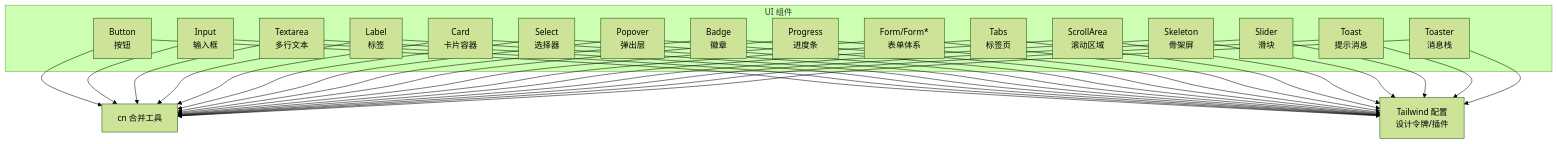
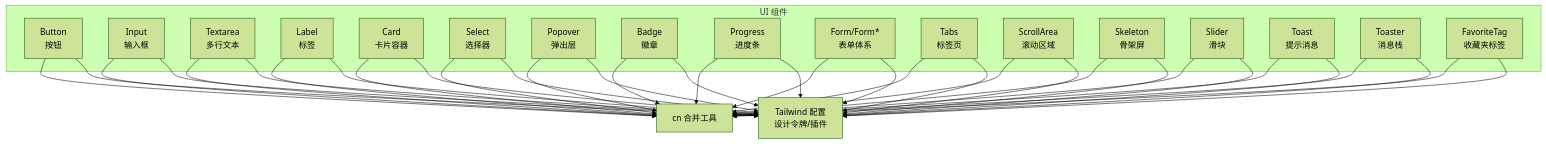
Before and after one commit to RadiumAg/bilibili-favorites: the first of 6 diagrams in .qoder/repowiki/zh/content/UI组件系统/UI组件系统.md, drawn with Mermaid (forest theme). The commit also changed other lines of this file and 3 other files, not shown here.

First line of the commit message:
docs(favorite-tag): 增加组件稳定性改进及全面无障碍性更新

````diff
--- a/.qoder/repowiki/zh/content/UI组件系统/UI组件系统.md
+++ b/.qoder/repowiki/zh/content/UI组件系统/UI组件系统.md
@@ -70,55 +75,58 @@
 ```mermaid
 graph TB
 subgraph "UI 组件"
 Btn["Button<br/>按钮"]
 Inp["Input<br/>输入框"]
 Txt["Textarea<br/>多行文本"]
 Lbl["Label<br/>标签"]
 Card["Card<br/>卡片容器"]
 Sel["Select<br/>选择器"]
 Pop["Popover<br/>弹出层"]
 Bad["Badge<br/>徽章"]
 Prog["Progress<br/>进度条"]
 Form["Form/Form*<br/>表单体系"]
 Tabs["Tabs<br/>标签页"]
 Scroll["ScrollArea<br/>滚动区域"]
 Skin["Skeleton<br/>骨架屏"]
 Slider["Slider<br/>滑块"]
 Toast["Toast<br/>提示消息"]
 Toaster["Toaster<br/>消息栈"]
+FTag["FavoriteTag<br/>收藏夹标签"]
 end
 Utils["cn 合并工具"]
 TW["Tailwind 配置<br/>设计令牌/插件"]
 Btn --> Utils
 Inp --> Utils
 Txt --> Utils
 Lbl --> Utils
 Card --> Utils
 Sel --> Utils
 Pop --> Utils
 Bad --> Utils
 Prog --> Utils
 Form --> Utils
 Tabs --> Utils
 Scroll --> Utils
 Skin --> Utils
 Slider --> Utils
 Toast --> Utils
 Toaster --> Utils
+FTag --> Utils
+FTag --> TW
 Btn --> TW
 Inp --> TW
 Txt --> TW
 Lbl --> TW
 Card --> TW
 Sel --> TW
 Pop --> TW
 Bad --> TW
 Prog --> TW
 Form --> TW
 Tabs --> TW
 Scroll --> TW
 Skin --> TW
 Slider --> TW
 Toast --> TW
 Toaster --> TW
 ```
````
